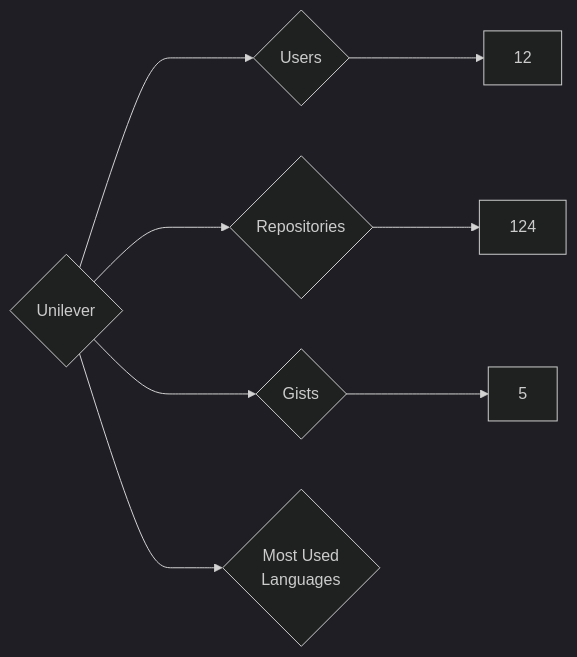
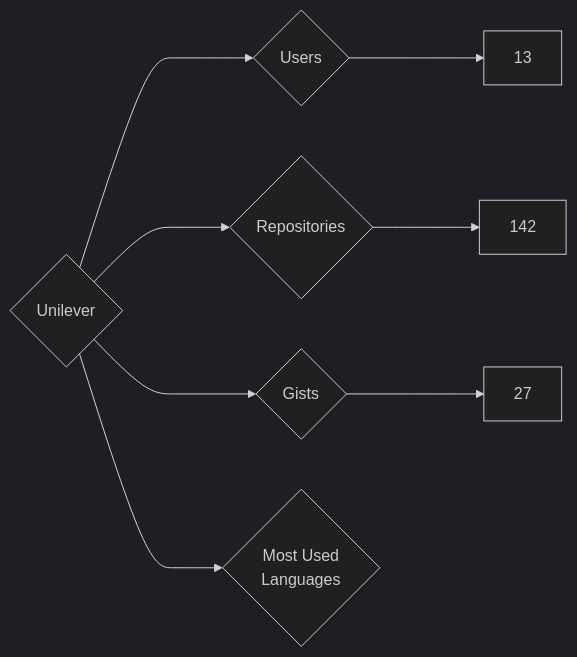
Before and after one commit to nenadzaric/insiders: the diagram in targets/Unilever/README.md, drawn with Mermaid (dark theme). The commit also changed 1342 other files, not shown here.

````diff
--- a/targets/Unilever/README.md
+++ b/targets/Unilever/README.md
@@ -3,8 +3,8 @@
 ```mermaid
 graph LR
 COMPANY_NAME{Unilever}
-COMPANY_NAME ---> U{Users} ---> UN[12]
-COMPANY_NAME ---> R{Repositories} ---> RN[124]
-COMPANY_NAME ---> G{Gists} ---> GN[5]
+COMPANY_NAME ---> U{Users} ---> UN[13]
+COMPANY_NAME ---> R{Repositories} ---> RN[142]
+COMPANY_NAME ---> G{Gists} ---> GN[27]
 COMPANY_NAME ---> ML{Most Used<br>Languages}
 ```
````
